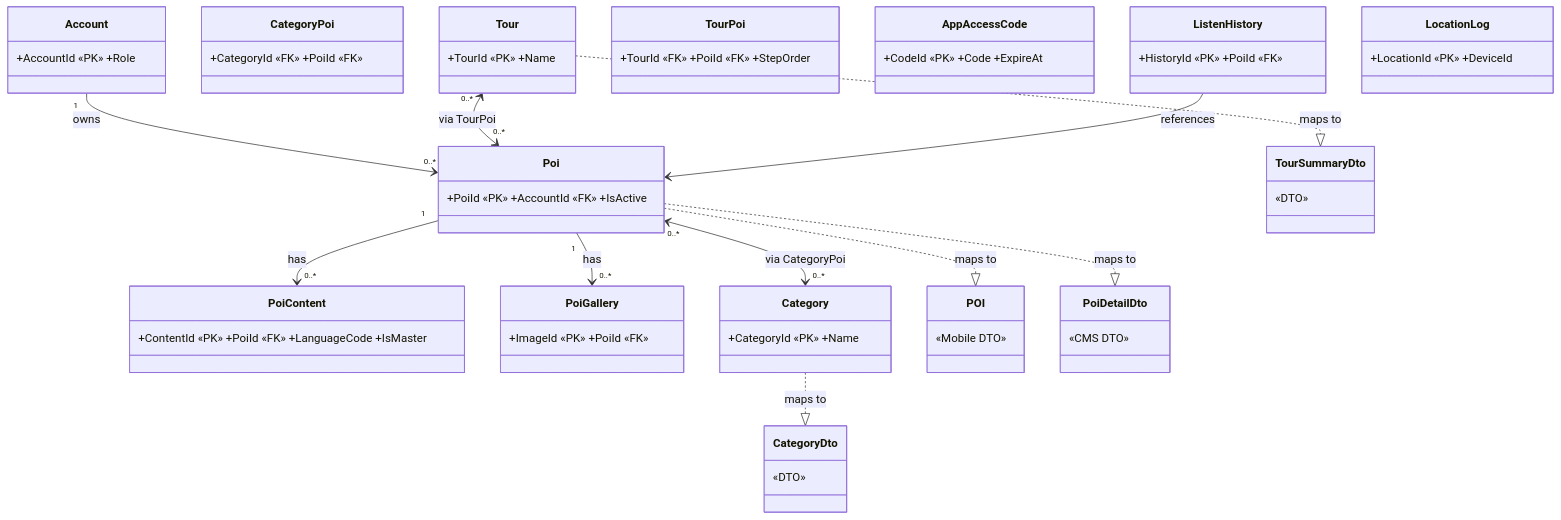
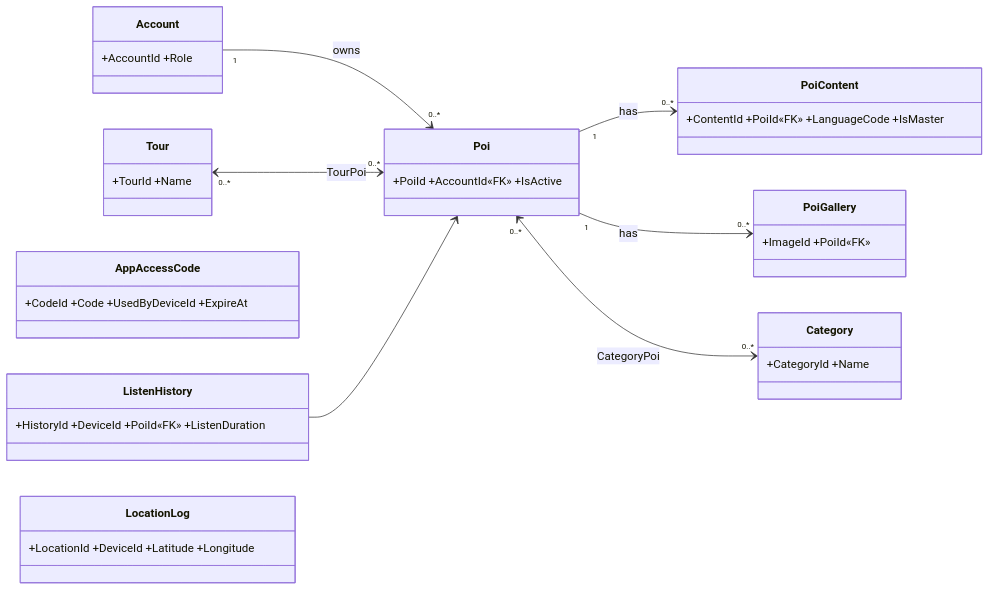
One commit to AudioGo-Project/AudioGo changed the sixth of 47 diagrams in PRD.md. Above: the diagram before and after it, drawn with Mermaid. The commit also changed other lines of this file, not shown here.

````diff
--- a/PRD.md
+++ b/PRD.md
@@ -435,30 +742,20 @@
 ```mermaid
 classDiagram
-    direction TB
-    class Account { +AccountId «PK» +Role }
-    class Poi { +PoiId «PK» +AccountId «FK» +IsActive }
-    class PoiContent { +ContentId «PK» +PoiId «FK» +LanguageCode +IsMaster }
-    class PoiGallery { +ImageId «PK» +PoiId «FK» }
-    class Category { +CategoryId «PK» +Name }
-    class CategoryPoi { +CategoryId «FK» +PoiId «FK» }
-    class Tour { +TourId «PK» +Name }
-    class TourPoi { +TourId «FK» +PoiId «FK» +StepOrder }
-    class AppAccessCode { +CodeId «PK» +Code +ExpireAt }
-    class ListenHistory { +HistoryId «PK» +PoiId «FK» }
-    class LocationLog { +LocationId «PK» +DeviceId }
-    class POI { «Mobile DTO» }
-    class PoiDetailDto { «CMS DTO» }
-    class CategoryDto { «DTO» }
-    class TourSummaryDto { «DTO» }
+    direction LR
+    class Account { +AccountId +Role }
+    class Poi { +PoiId +AccountId«FK» +IsActive }
+    class PoiContent { +ContentId +PoiId«FK» +LanguageCode +IsMaster }
+    class PoiGallery { +ImageId +PoiId«FK» }
+    class Category { +CategoryId +Name }
+    class Tour { +TourId +Name }
+    class AppAccessCode { +CodeId +Code +UsedByDeviceId +ExpireAt }
+    class ListenHistory { +HistoryId +DeviceId +PoiId«FK» +ListenDuration }
+    class LocationLog { +LocationId +DeviceId +Latitude +Longitude }
 
     Account "1" --> "0..*" Poi : owns
     Poi "1" --> "0..*" PoiContent : has
     Poi "1" --> "0..*" PoiGallery : has
-    Poi "0..*" <--> "0..*" Category : via CategoryPoi
-    Tour "0..*" <--> "0..*" Poi : via TourPoi
-    ListenHistory --> Poi : references
-    Poi ..|> POI : maps to
-    Poi ..|> PoiDetailDto : maps to
-    Category ..|> CategoryDto : maps to
-    Tour ..|> TourSummaryDto : maps to
+    Poi "0..*" <--> "0..*" Category : CategoryPoi
+    Tour "0..*" <--> "0..*" Poi : TourPoi
+    ListenHistory --> Poi
 ```
````
